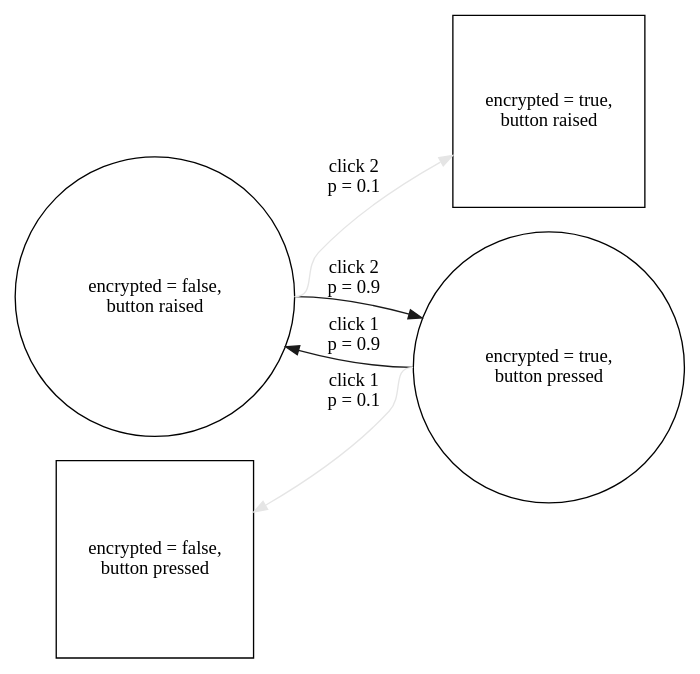
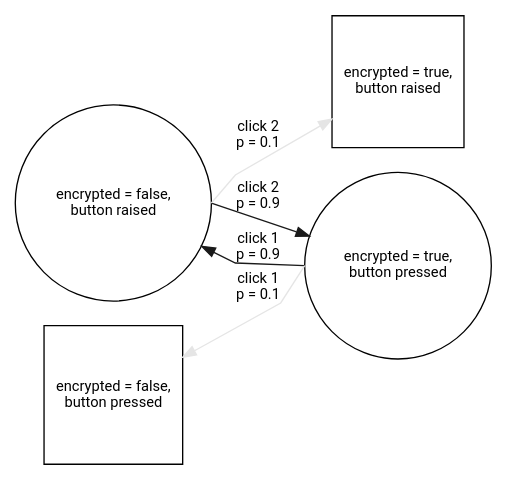
The diagram in 02-simple-boolean-with-confusion.dot (adrifelt/ux-model-graphs), drawn with Graphviz before and after one commit. The commit also changed 4 other files, not shown here.

```diff
--- a/02-simple-boolean-with-confusion.dot
+++ b/02-simple-boolean-with-confusion.dot
@@ -1,21 +1,50 @@
 digraph "02-simple-boolean-with-confusion" {
+  splines = polyline;
   rankdir = LR;
   node [
     shape = circle
+    fontname = "Roboto"
+    fontsize = 11
+  ];
+  edge [
+    fontname = "Roboto"
+    fontsize = 11
   ];
 
-  off [ label = "encrypted = false,\nbutton raised" ];
-  on [ label = "encrypted = true,\nbutton pressed" ];
+  off [
+    label = "encrypted = false,\nbutton raised"
+  ];
+  on [
+    label = "encrypted = true,\nbutton pressed"
+  ];
 
   subgraph { rank = same; on_confused; off; };
   subgraph { rank = same; off_confused; on; };
 
-  off_confused [ label = "encrypted = true,\nbutton raised", shape = square ];
-  on_confused [ label = "encrypted = false,\nbutton pressed", shape = square ];
+  off_confused [
+    label = "encrypted = true,\nbutton raised"
+    shape = square
+  ];
+  on_confused [
+    label = "encrypted = false,\nbutton pressed"
+    shape = square
+  ];
 
-  off:e -> off_confused [ label = "click 2\np = 0.1", color = grey90, weight = 1 ];
-  off:e -> on [ label = "click 2\np = 0.9", color = grey10, weight = 9 ];
+  off:e -> off_confused [
+    label = "click 2\np = 0.1"
+    color = grey90, weight = 1
+  ];
+  off:e -> on [
+    label = "click 2\np = 0.9"
+    color = grey10, weight = 9
+  ];
 
-  on:w -> on_confused [ label = "click 1\np = 0.1", color = grey90, weight = 1 ];
-  on:w -> off [ label = "click 1\np = 0.9", color = grey10, weight = 9 ];
+  on:w -> on_confused [
+    label = "click 1\np = 0.1"
+    color = grey90, weight = 1
+  ];
+  on:w -> off [
+    label = "click 1\np = 0.9"
+    color = grey10, weight = 9
+  ];
 }
```
